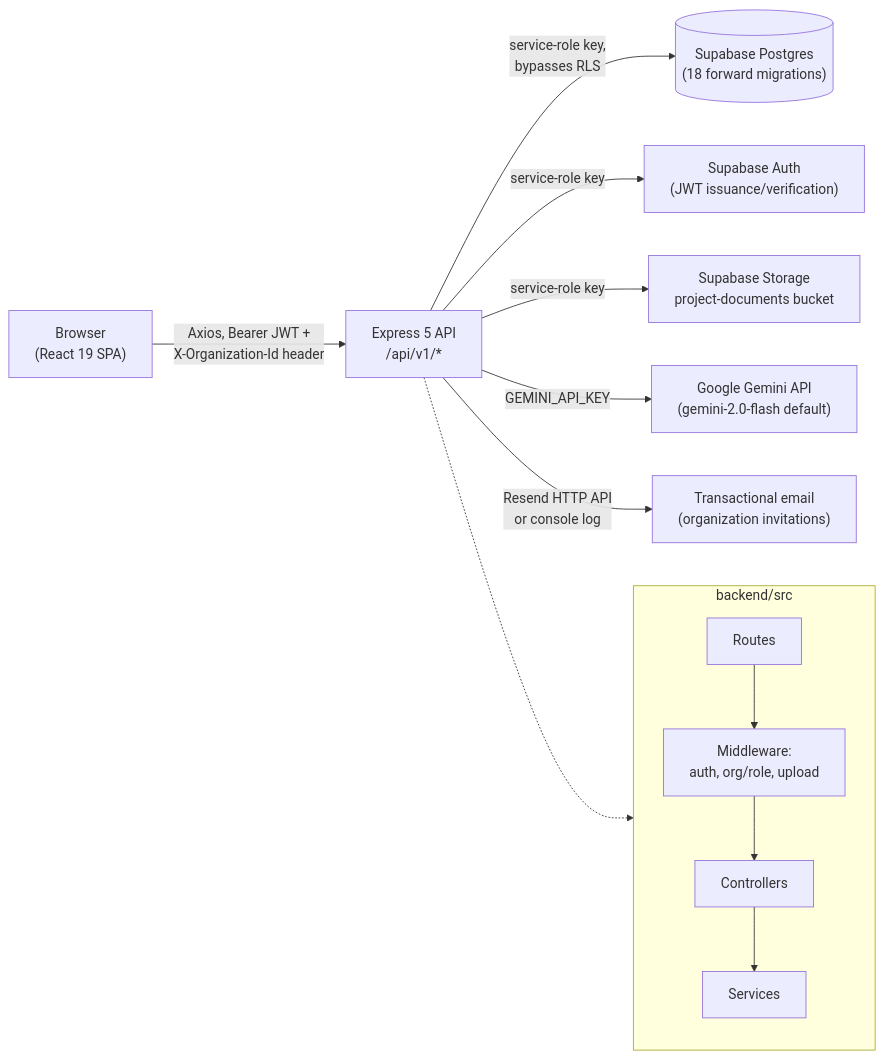
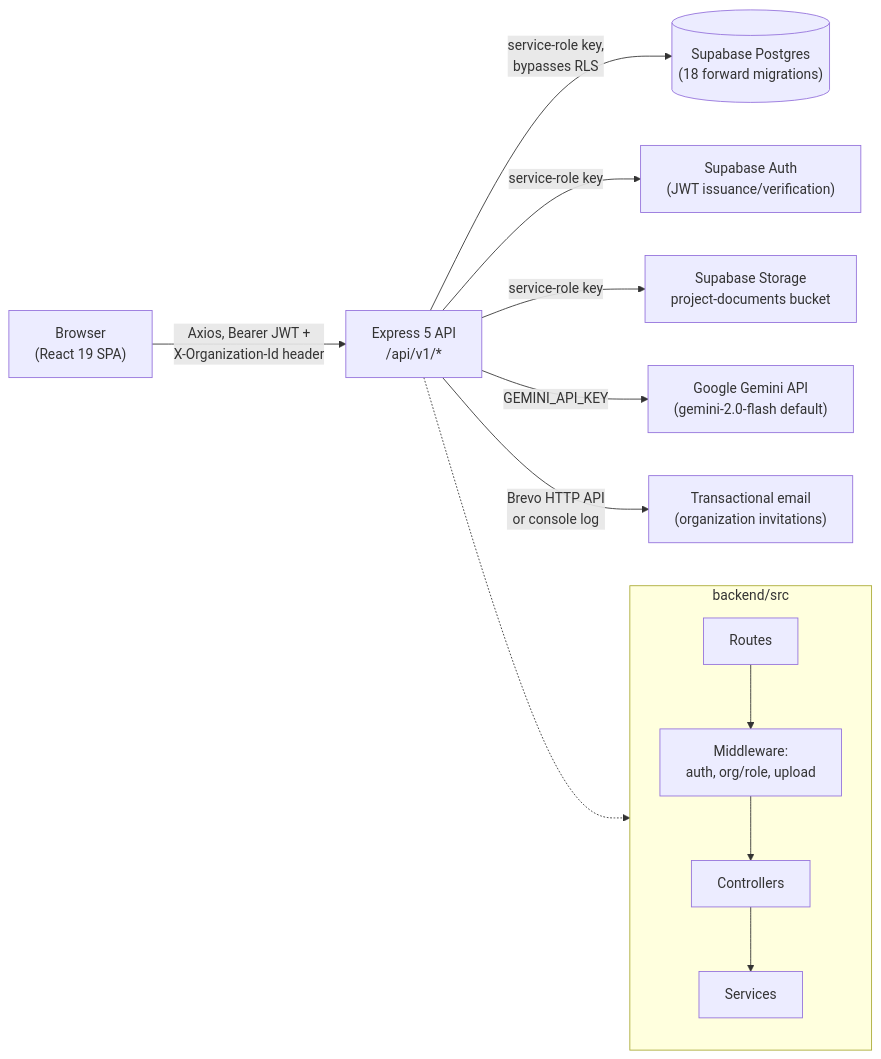
One commit to barshatpradhan/supervisor-ai changed the first of 7 diagrams in docs/ARCHITECTURE.md. Above: the diagram before and after it, drawn with Mermaid. The commit also changed other lines of this file and 4 other files, not shown here.

First line of the commit message:
feat(email): switch invitation delivery from Resend to Brevo

````diff
--- a/docs/ARCHITECTURE.md
+++ b/docs/ARCHITECTURE.md
@@ -68,14 +68,14 @@
 ```mermaid
 flowchart LR
   Browser["Browser\n(React 19 SPA)"] -->|Axios, Bearer JWT +\nX-Organization-Id header| API["Express 5 API\n/api/v1/*"]
   API -->|service-role key,\nbypasses RLS| DB[("Supabase Postgres\n(18 forward migrations)")]
   API -->|service-role key| Auth["Supabase Auth\n(JWT issuance/verification)"]
   API -->|service-role key| Storage["Supabase Storage\nproject-documents bucket"]
   API -->|GEMINI_API_KEY| Gemini["Google Gemini API\n(gemini-2.0-flash default)"]
-  API -->|Resend HTTP API\nor console log| Email["Transactional email\n(organization invitations)"]
+  API -->|Brevo HTTP API\nor console log| Email["Transactional email\n(organization invitations)"]
 
   subgraph Backend["backend/src"]
     Routes[Routes] --> MW[Middleware:\nauth, org/role, upload] --> Ctrl[Controllers] --> Svc[Services]
   end
   API -.-> Backend
 ```
````
